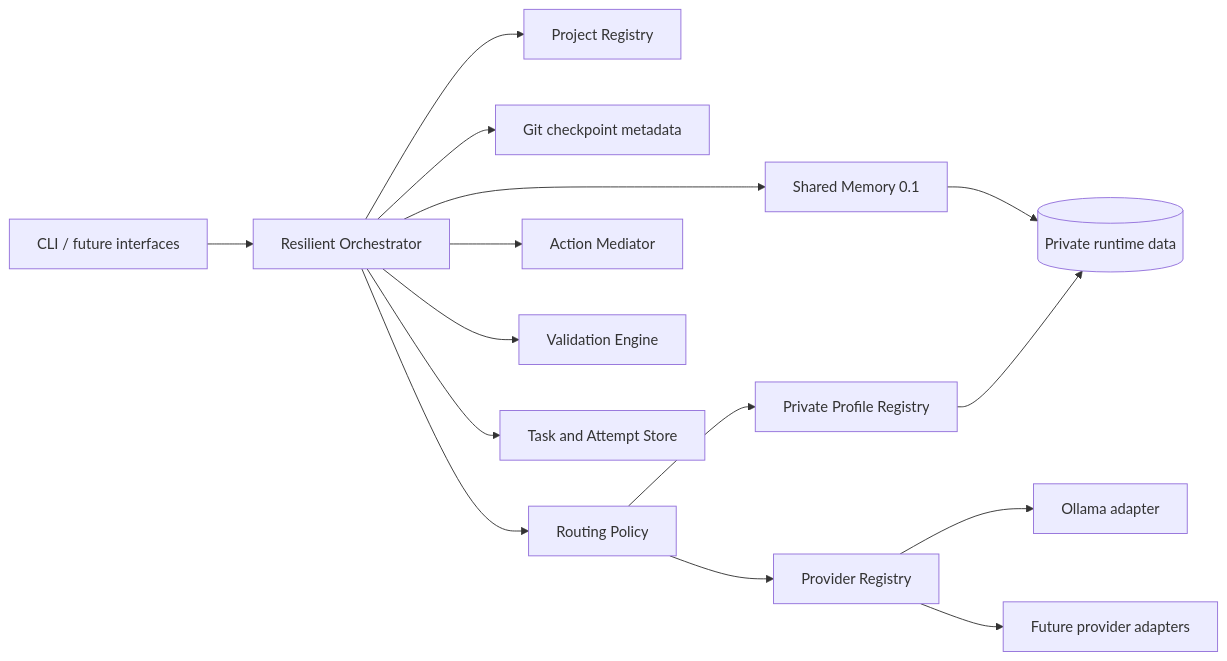
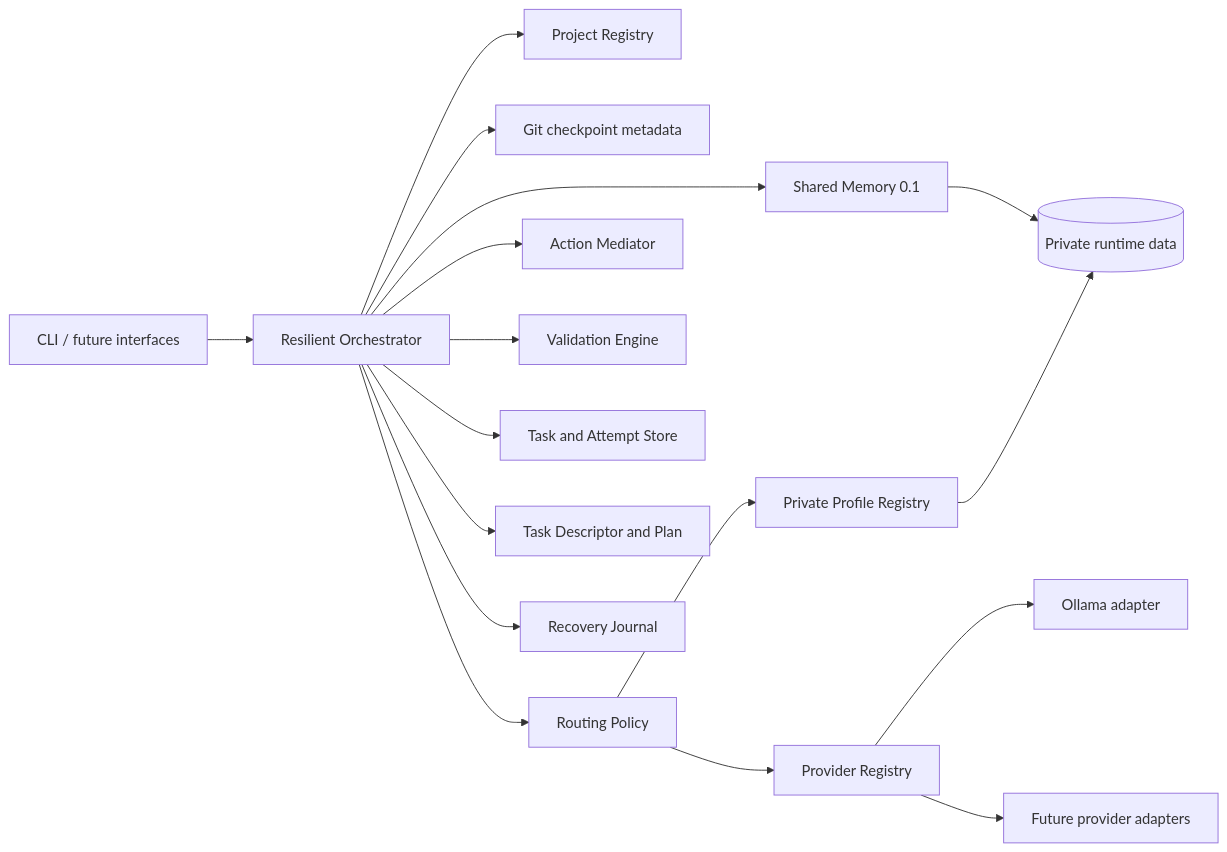
The diagram in README.md (ricdegre/AI-Router), drawn with Mermaid before and after one commit. The commit also changed other lines of this file and 18 other files, not shown here.

````diff
--- a/README.md
+++ b/README.md
@@ -37,17 +38,19 @@
 ```mermaid
 flowchart LR
     CLI[CLI / future interfaces] --> ORCH[Resilient Orchestrator]
     ORCH --> REG[Project Registry]
     ORCH --> MEM[Shared Memory 0.1]
     ORCH --> GIT[Git checkpoint metadata]
     ORCH --> POLICY[Routing Policy]
     ORCH --> ACTIONS[Action Mediator]
     ORCH --> VALIDATE[Validation Engine]
     ORCH --> ATTEMPTS[Task and Attempt Store]
+    ORCH --> DESC[Task Descriptor and Plan]
+    ORCH --> JOURNAL[Recovery Journal]
     POLICY --> PREG[Provider Registry]
     POLICY --> PROFILES[Private Profile Registry]
     PREG --> OLLAMA[Ollama adapter]
     PREG --> FUTURE[Future provider adapters]
     MEM --> DATA[(Private runtime data)]
     PROFILES --> DATA
 ```
````
